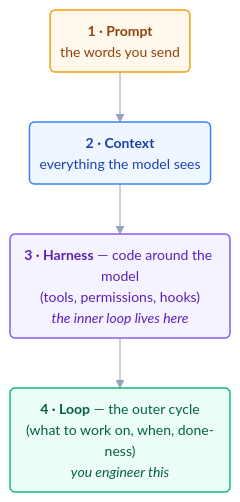
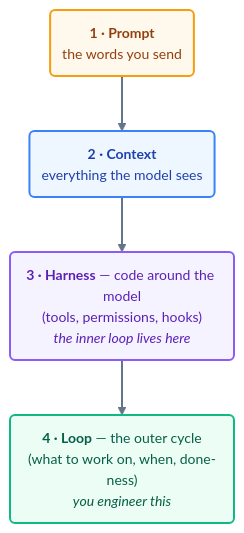
One commit to ayeshakhalid192007-dev/LoopEngineering-CrashCourse changed the diagram in docs/02-foundations/concepts.md. Above: the diagram before and after it, drawn with Mermaid. The commit also changed 66 other files, not shown here.

First line of the commit message:
docs(diagrams): bolden and unify all 70 mermaid diagrams

````diff
--- a/docs/02-foundations/concepts.md
+++ b/docs/02-foundations/concepts.md
@@ -39,11 +39,12 @@
 ```mermaid
-%%{init: {'theme':'base','themeVariables':{'fontFamily':'ui-sans-serif, system-ui, sans-serif','fontSize':'14px','lineColor':'#94a3b8'},'flowchart':{'curve':'basis','nodeSpacing':50,'rankSpacing':50,'padding':10}}}%%
+%%{init: {'theme':'base','themeVariables':{'fontFamily':'ui-sans-serif, system-ui, sans-serif','fontSize':'14px','lineColor':'#64748b','edgeLabelBackground':'#f8fafc'},'flowchart':{'curve':'basis','nodeSpacing':50,'rankSpacing':55,'padding':12}}}%%
 flowchart TD
     P("<b>1 · Prompt</b><br/>the words you send"):::l1 --> C("<b>2 · Context</b><br/>everything the model sees"):::l2
     C --> H("<b>3 · Harness</b> — code around the model<br/>(tools, permissions, hooks)<br/><i>the inner loop lives here</i>"):::l3
     H --> L("<b>4 · Loop</b> — the outer cycle<br/>(what to work on, when, done-ness)<br/><i>you engineer this</i>"):::l4
-    classDef l1 fill:#fef9ec,stroke:#f59e0b,stroke-width:1.5px,color:#92400e;
-    classDef l2 fill:#eef6ff,stroke:#3b82f6,stroke-width:1.5px,color:#1e40af;
-    classDef l3 fill:#f5f3ff,stroke:#8b5cf6,stroke-width:1.5px,color:#5b21b6;
-    classDef l4 fill:#ecfdf5,stroke:#10b981,stroke-width:1.5px,color:#065f46;
+    linkStyle default stroke:#64748b,stroke-width:2px;
+    classDef l1 fill:#fef9ec,stroke:#f59e0b,stroke-width:2px,color:#92400e;
+    classDef l2 fill:#eef6ff,stroke:#3b82f6,stroke-width:2px,color:#1e40af;
+    classDef l3 fill:#f5f3ff,stroke:#8b5cf6,stroke-width:2px,color:#5b21b6;
+    classDef l4 fill:#ecfdf5,stroke:#10b981,stroke-width:2px,color:#065f46;
 ```
````
